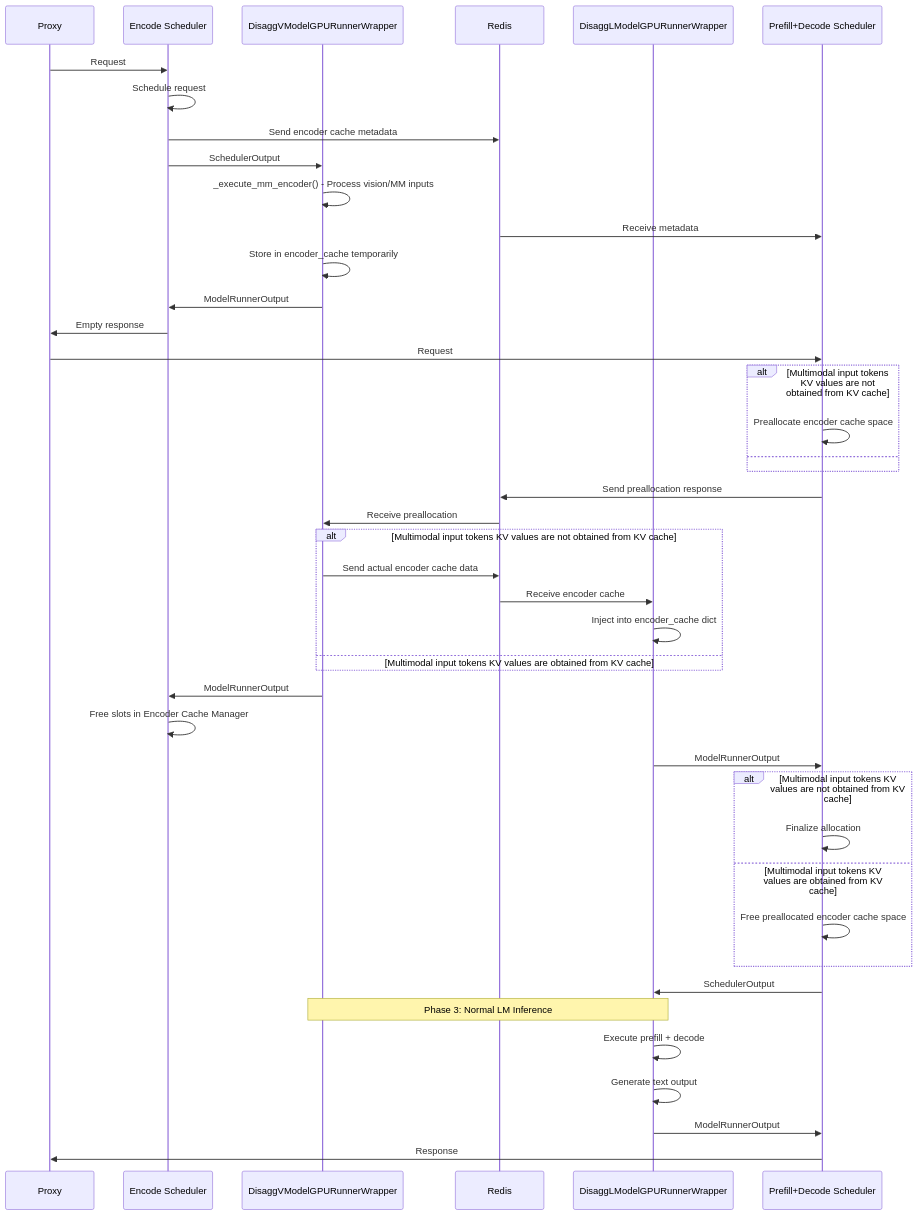
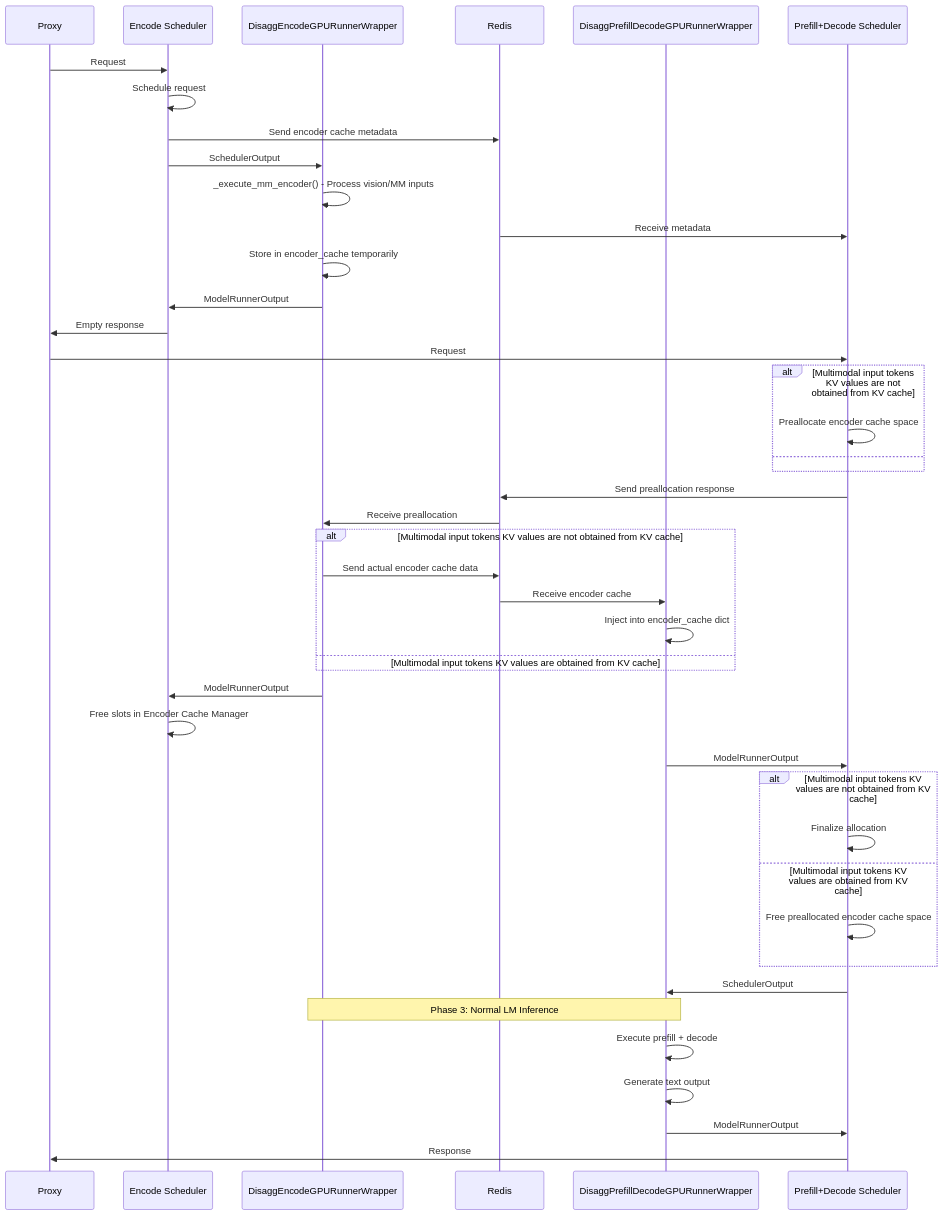
The second of 4 diagrams in vllm/separated_encode/README.md (vllm-project/vllm), drawn with Mermaid before and after one commit. The commit also changed other lines of this file and 7 other files, not shown here.

````diff
--- a/vllm/separated_encode/README.md
+++ b/vllm/separated_encode/README.md
@@ -67,47 +67,47 @@
 ```mermaid
 sequenceDiagram
     participant P as Proxy
     participant ES as Encode Scheduler
-    participant EVW as DisaggVModelGPURunnerWrapper
+    participant EVW as DisaggEncodeGPURunnerWrapper
     participant Redis as Redis
-    participant PDW as DisaggLModelGPURunnerWrapper
+    participant PDW as DisaggPrefillDecodeGPURunnerWrapper
     participant PDS as Prefill+Decode Scheduler
 
     P->>ES: Request
     ES->>ES: Schedule request
     ES->>Redis: Send encoder cache metadata
     ES->>EVW: SchedulerOutput
     EVW->>EVW: _execute_mm_encoder() - Process vision/MM inputs
     Redis->>PDS: Receive metadata
     EVW->>EVW: Store in encoder_cache temporarily
     EVW->>ES: ModelRunnerOutput
     ES->>P: Empty response
     P->>PDS: Request
     alt Multimodal input tokens KV values are not obtained from KV cache
         PDS->>PDS: Preallocate encoder cache space
     else 
     end
     PDS->>Redis: Send preallocation response
     Redis->>EVW: Receive preallocation
     alt Multimodal input tokens KV values are not obtained from KV cache
     	EVW->>Redis: Send actual encoder cache data
         Redis->>PDW: Receive encoder cache
     	PDW->>PDW: Inject into encoder_cache dict
     else Multimodal input tokens KV values are obtained from KV cache
     end
     EVW->>ES: ModelRunnerOutput
     ES->>ES: Free slots in Encoder Cache Manager
     PDW->>PDS:ModelRunnerOutput
     alt Multimodal input tokens KV values are not obtained from KV cache
     	PDS->>PDS: Finalize allocation
     else Multimodal input tokens KV values are obtained from KV cache
        PDS->>PDS: Free preallocated encoder cache space
     end
     PDS->>PDW: SchedulerOutput
     Note over EVW,PDW: Phase 3: Normal LM Inference
     PDW->>PDW: Execute prefill + decode
     PDW->>PDW: Generate text output
     PDW->>PDS: ModelRunnerOutput
     PDS->>P: Response
 
 ```
````
